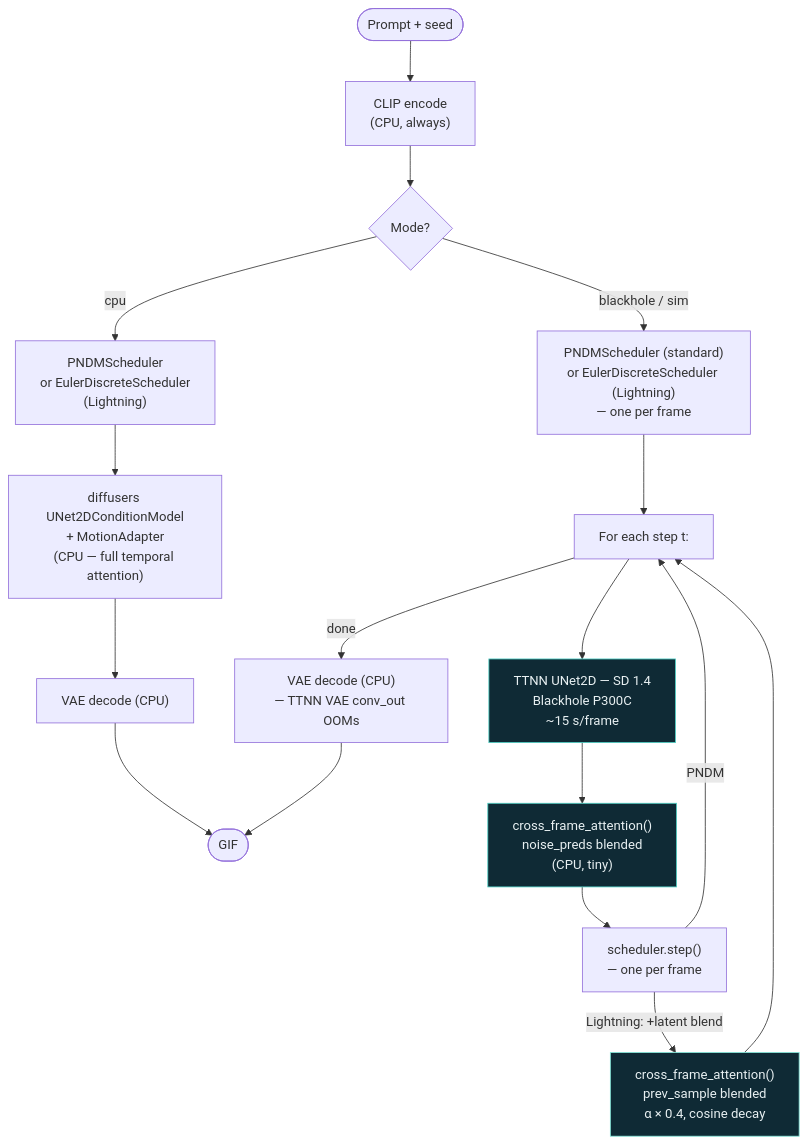
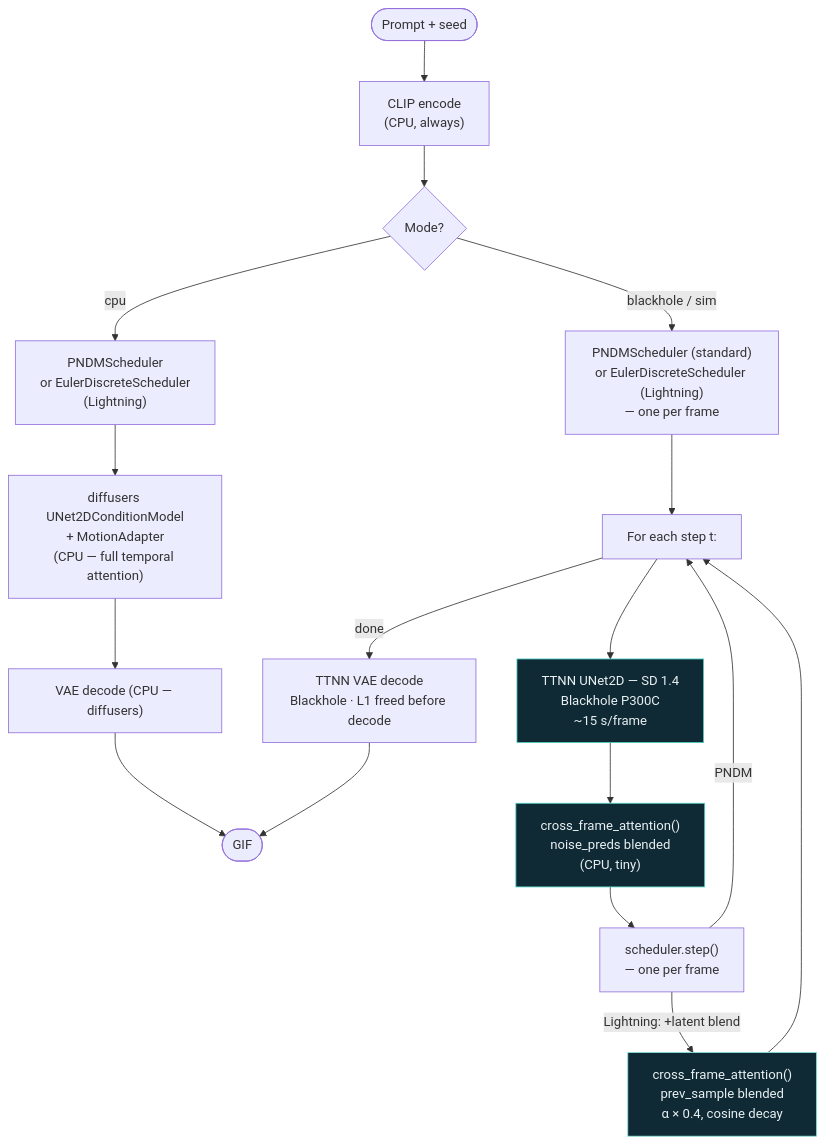
Before and after one commit to tenstorrent/tt-animatediff: the first of 2 diagrams in README.md, drawn with Mermaid. The commit also changed other lines of this file and 6 other files, not shown here.

First line of the commit message:
feat: TTNN VAE decode on Blackhole — deallocate UNet L1 before decode

````diff
--- a/README.md
+++ b/README.md
@@ -291,25 +291,25 @@
 ```mermaid
 flowchart TD
     P([Prompt + seed]) --> ENC["CLIP encode\n(CPU, always)"]
     ENC --> MODE{Mode?}
 
     MODE -->|cpu| CPU_SCHED["PNDMScheduler\nor EulerDiscreteScheduler\n(Lightning)"]
     CPU_SCHED --> CPU_UNET["diffusers UNet2DConditionModel\n+ MotionAdapter\n(CPU — full temporal attention)"]
-    CPU_UNET --> CPU_VAE["VAE decode (CPU)"]
+    CPU_UNET --> CPU_VAE["VAE decode (CPU — diffusers)"]
     CPU_VAE --> GIF([GIF])
 
     MODE -->|blackhole / sim| BH_SCHED["PNDMScheduler (standard)\nor EulerDiscreteScheduler (Lightning)\n— one per frame"]
     BH_SCHED --> LOOP["For each step t:"]
     LOOP --> BH_UNET["TTNN UNet2D — SD 1.4\nBlackhole P300C\n~15 s/frame"]
     BH_UNET --> CFA["cross_frame_attention()\nnoise_preds blended\n(CPU, tiny)"]
     CFA --> STEP["scheduler.step()\n— one per frame"]
     STEP -->|Lightning: +latent blend| LAT["cross_frame_attention()\nprev_sample blended\nα × 0.4, cosine decay"]
     LAT --> LOOP
     STEP -->|PNDM| LOOP
-    LOOP -->|done| BH_VAE["VAE decode (CPU)\n— TTNN VAE conv_out OOMs"]
+    LOOP -->|done| BH_VAE["TTNN VAE decode\nBlackhole · L1 freed before decode"]
     BH_VAE --> GIF
 
     style BH_UNET fill:#0f2a35,stroke:#4fd1c5,color:#e8f0f2
     style CFA fill:#0f2a35,stroke:#4fd1c5,color:#e8f0f2
     style LAT fill:#0f2a35,stroke:#81e6d9,color:#e8f0f2
 ```
````
